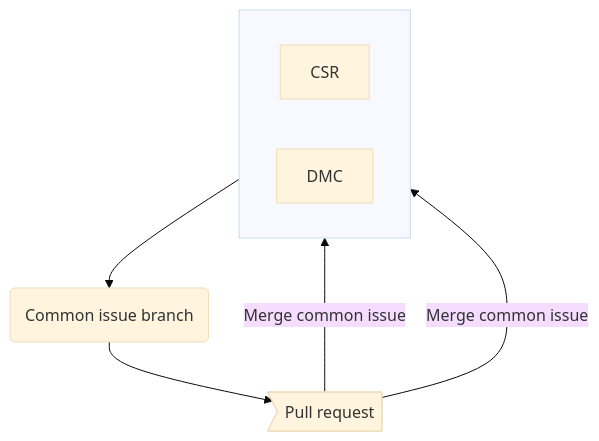
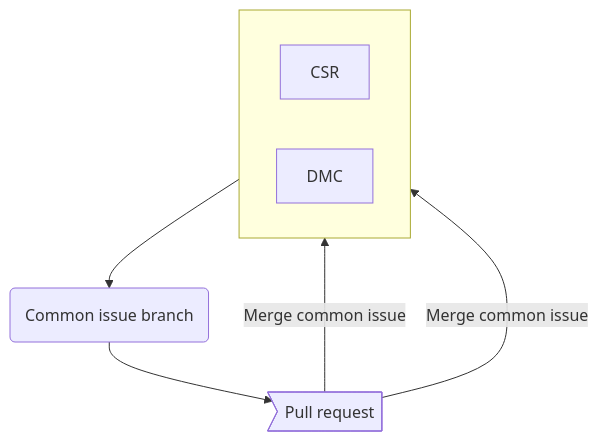
Before and after one commit to phuse-org/git-in-statistical-programming: the ninth of 11 diagrams in white-paper/branching-strategies.qmd, drawn with Mermaid. The commit also changed other lines of this file, not shown here.

````diff
--- a/white-paper/branching-strategies.qmd
+++ b/white-paper/branching-strategies.qmd
@@ -234,17 +251,16 @@
 ```{mermaid}
-%%| label: fig-common-issue-branch-structure
-%%| fig-cap: "Common issue branch structure"
-%%{init: {'theme':'base', 'themeVariables': { 'subgraphBkgColor':'transparent', 'subgraphBorderColor':'transparent'}}}%%
+%%| echo: false
+%%| eval: false
 flowchart TB
     subgraph Top[" "]
         direction LR
         csr["CSR"]
         dmc["DMC"]
     end
     branch-c("Common issue branch")
     prc>"Pull request"]
     csr --> branch-c
     branch-c --> prc
     prc -->|"Merge common issue"| csr
     prc -->|"Merge common issue"| dmc
 ```
````
